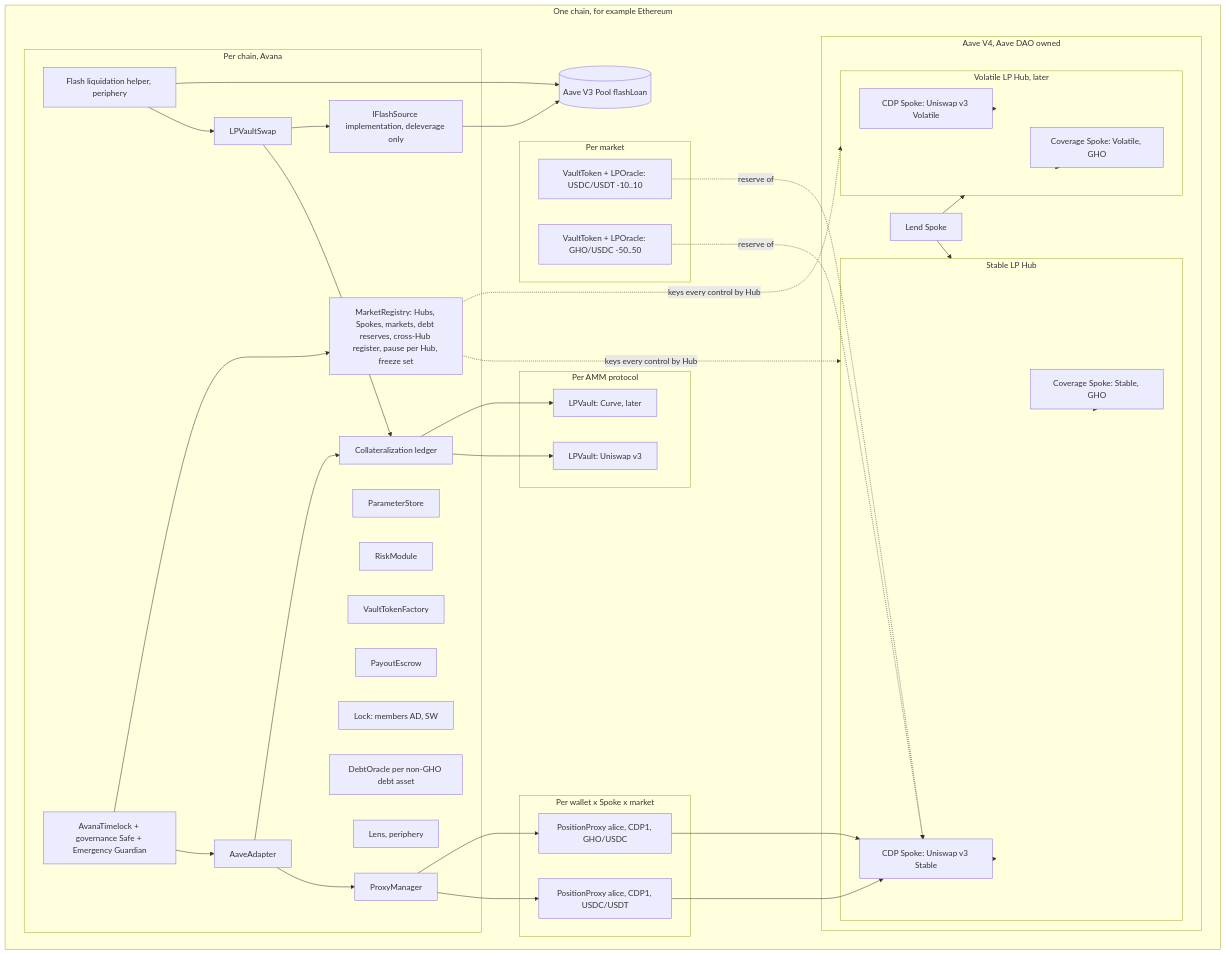
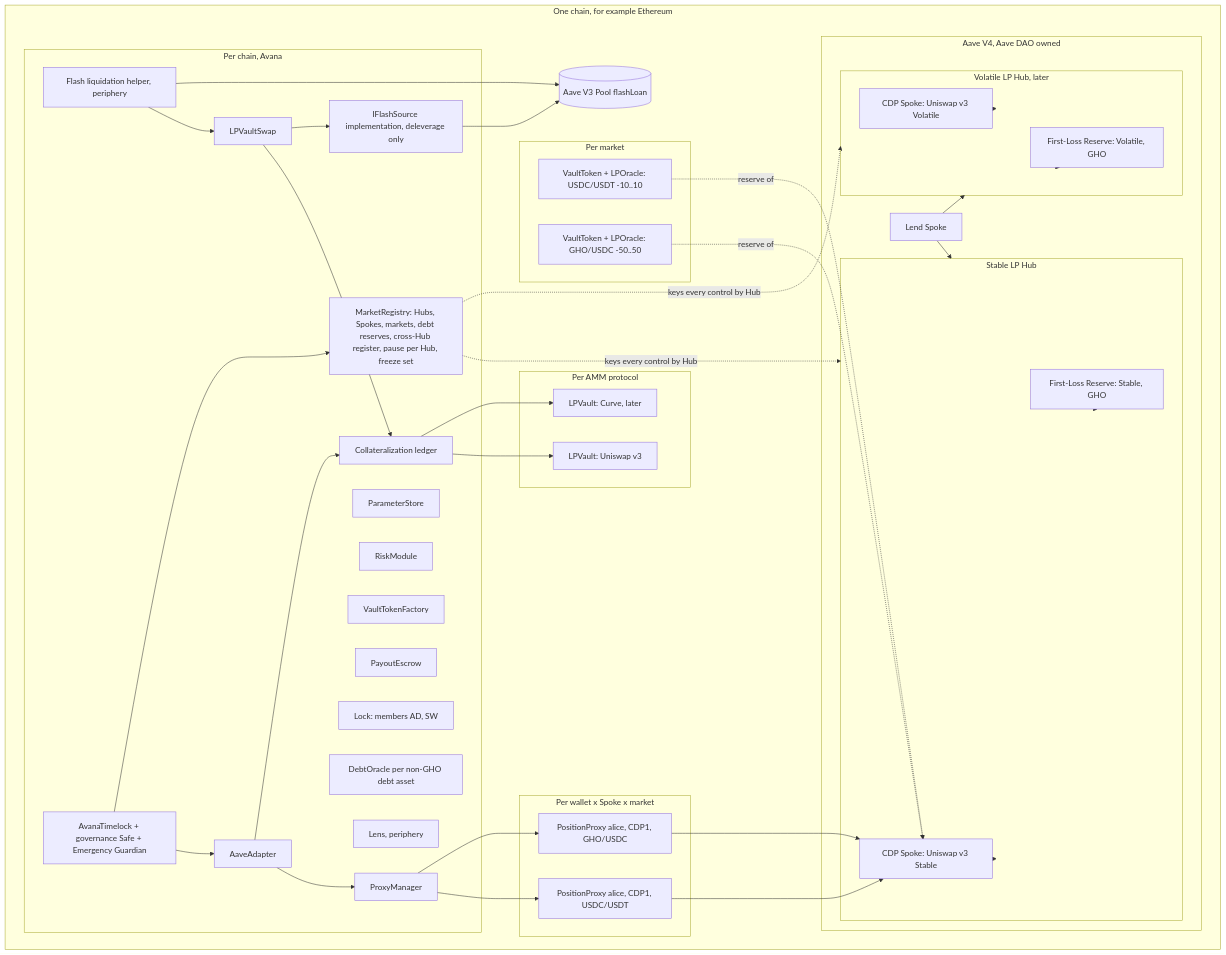
The first of 2 diagrams in spec/01-architecture/02-contract-relationships.md (Avana-Labs/avana-monorepo), drawn with Mermaid before and after one commit. The commit also changed other lines of this file and 283 other files, not shown here.

````diff
--- a/spec/01-architecture/02-contract-relationships.md
+++ b/spec/01-architecture/02-contract-relationships.md
@@ -28,68 +28,68 @@
 ```mermaid
 flowchart TB
   subgraph Chain[One chain, for example Ethereum]
     subgraph PerChain[Per chain, Avana]
       TL[AvanaTimelock + governance Safe + Emergency Guardian]
       AD[AaveAdapter]
       SW[LPVaultSwap]
       CO[Collateralization ledger]
       MR[MarketRegistry: Hubs, Spokes, markets, debt reserves, cross-Hub register, pause per Hub, freeze set]
       PS[ParameterStore]
       RM[RiskModule]
       PM[ProxyManager]
       VTF[VaultTokenFactory]
       IE[PayoutEscrow]
       LK[Lock: members AD, SW]
       DO[DebtOracle per non-GHO debt asset]
       FS[IFlashSource implementation, deleverage only]
       LN[Lens, periphery]
       FL[Flash liquidation helper, periphery]
     end
     subgraph PerAMM[Per AMM protocol]
       V3[LPVault: Uniswap v3]
       CV[LPVault: Curve, later]
     end
     subgraph AaveSide[Aave V4, Aave DAO owned]
       LS[Lend Spoke]
       subgraph HubS[Stable LP Hub]
         CDP1[CDP Spoke: Uniswap v3 Stable]
-        CS1[Coverage Spoke: Stable, GHO]
+        CS1[First-Loss Reserve: Stable, GHO]
       end
       subgraph HubV[Volatile LP Hub, later]
         CDP2[CDP Spoke: Uniswap v3 Volatile]
-        CS2[Coverage Spoke: Volatile, GHO]
+        CS2[First-Loss Reserve: Volatile, GHO]
       end
     end
     subgraph PerMarket[Per market]
       VTa[VaultToken + LPOracle: USDC/USDT -10..10]
       VTb[VaultToken + LPOracle: GHO/USDC -50..50]
     end
     subgraph PerAccount[Per wallet x Spoke x market]
       P1[PositionProxy alice, CDP1, USDC/USDT]
       P2[PositionProxy alice, CDP1, GHO/USDC]
     end
     V3P[(Aave V3 Pool flashLoan)]
   end
   AD --> PM --> P1
   PM --> P2
   AD --> CO --> V3
   CO --> CV
   SW --> CO
   SW --> FS --> V3P
   FL --> SW
   FL --> V3P
   P1 --> CDP1
   P2 --> CDP1
   VTa -. reserve of .-> CDP1
   VTb -. reserve of .-> CDP1
   CDP1 --> HubS
   CDP2 --> HubV
   LS --> HubS
   LS --> HubV
   CS1 --> HubS
   CS2 --> HubV
   TL --> AD
   TL --> MR
   MR -. keys every control by Hub .-> HubS
   MR -. keys every control by Hub .-> HubV
 ```
````
